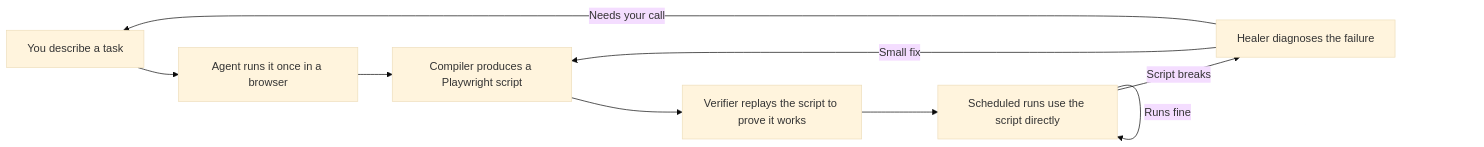
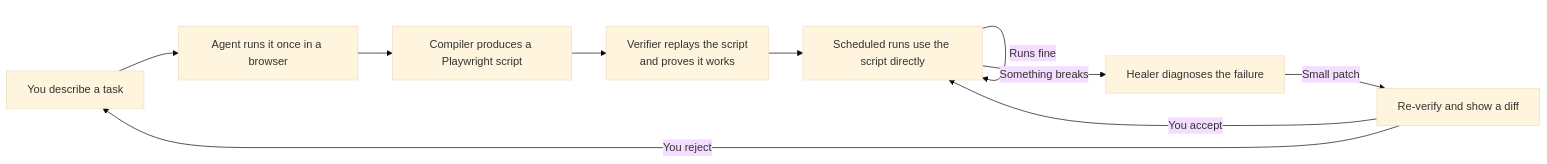
One commit to 76Trystan/starfysh changed the diagram in README.md. Above: the diagram before and after it, drawn with Mermaid (base theme). The commit also changed other lines of this file, not shown here.

````diff
--- a/README.md
+++ b/README.md
@@ -19,11 +23,12 @@
 ```mermaid
 flowchart LR
     A[You describe a task] --> B[Agent runs it once in a browser]
     B --> C[Compiler produces a Playwright script]
-    C --> D[Verifier replays the script to prove it works]
+    C --> D[Verifier replays the script<br/>and proves it works]
     D --> E[Scheduled runs use the script directly]
-    E -->|Script breaks| F[Healer diagnoses the failure]
-    F -->|Small fix| C
-    F -->|Needs your call| A
     E -->|Runs fine| E
+    E -->|Something breaks| F[Healer diagnoses the failure]
+    F -->|Small patch| G[Re-verify and show a diff]
+    G -->|You accept| E
+    G -->|You reject| A
 ```
````
